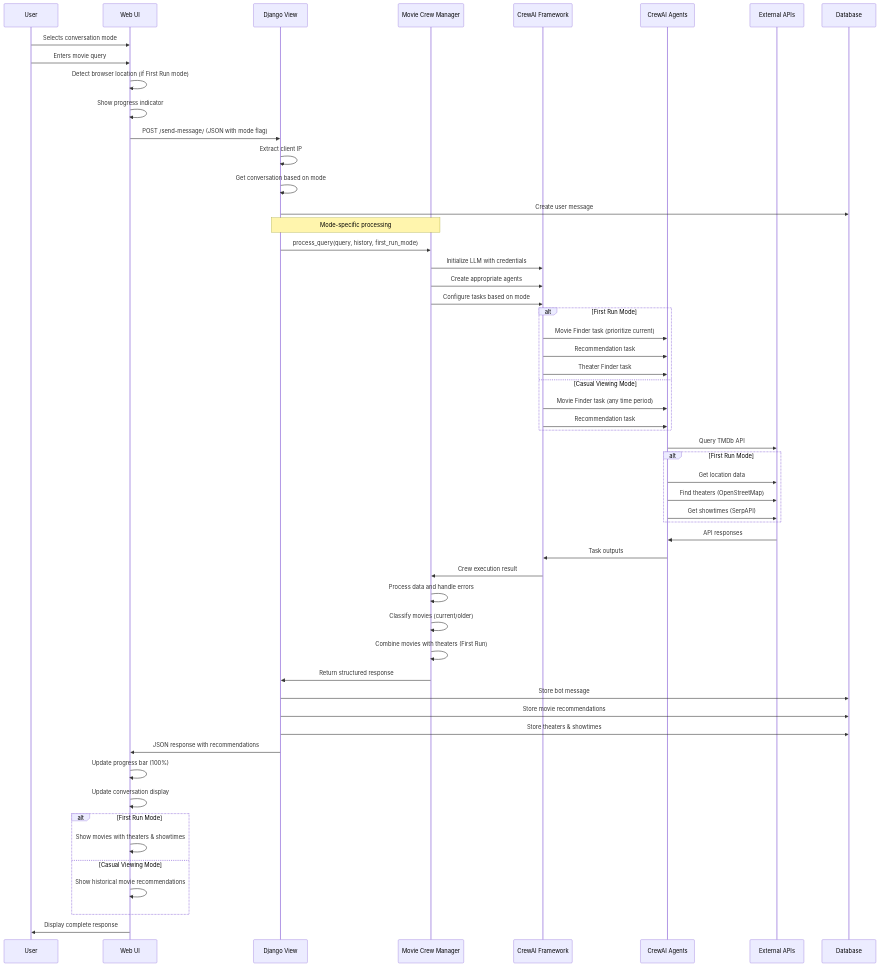
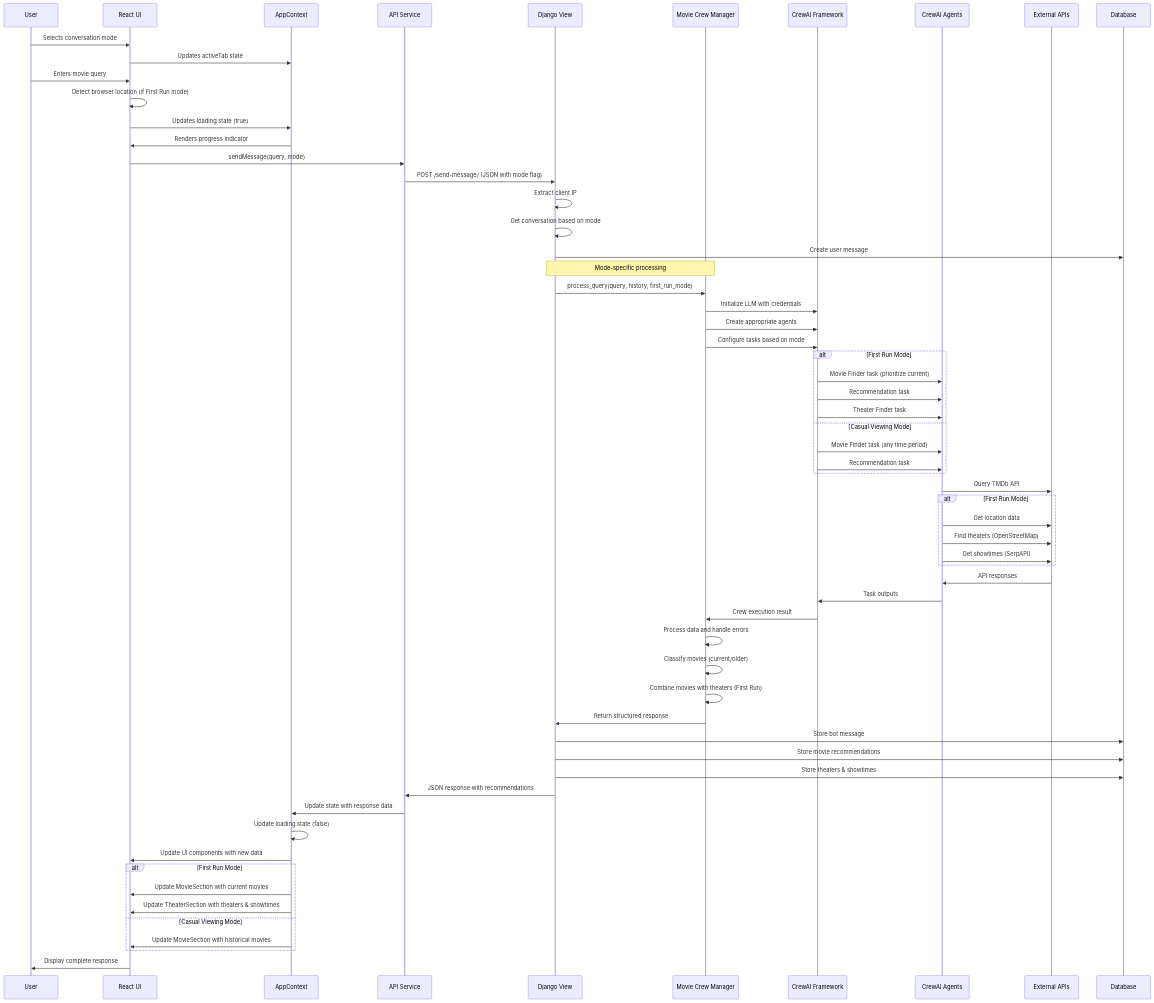
Before and after one commit to nkuhn-vmw/tanzu-genai-showcase: the second of 4 diagrams in py-django-crewai/docs/ARCHITECTURE.md, drawn with Mermaid. The commit also changed other lines of this file and 83 other files, not shown here.

````diff
--- a/py-django-crewai/docs/ARCHITECTURE.md
+++ b/py-django-crewai/docs/ARCHITECTURE.md
@@ -201,69 +229,77 @@
 ```mermaid
 sequenceDiagram
     participant User
-    participant UI as Web UI
+    participant UI as React UI
+    participant Context as AppContext
+    participant API as API Service
     participant View as Django View
     participant Manager as Movie Crew Manager
     participant CrewAI as CrewAI Framework
     participant Agents as CrewAI Agents
     participant External as External APIs
     participant DB as Database
 
     User->>UI: Selects conversation mode
+    UI->>Context: Updates activeTab state
     User->>UI: Enters movie query
     UI->>UI: Detect browser location (if First Run mode)
-    UI->>UI: Show progress indicator
-    UI->>View: POST /send-message/ (JSON with mode flag)
+    UI->>Context: Updates loading state (true)
+    Context->>UI: Renders progress indicator
+
+    UI->>API: sendMessage(query, mode)
+    API->>View: POST /send-message/ (JSON with mode flag)
     View->>View: Extract client IP
     View->>View: Get conversation based on mode
     View->>DB: Create user message
 
     Note over View,Manager: Mode-specific processing
     View->>Manager: process_query(query, history, first_run_mode)
 
     Manager->>CrewAI: Initialize LLM with credentials
     Manager->>CrewAI: Create appropriate agents
     Manager->>CrewAI: Configure tasks based on mode
 
     alt First Run Mode
         CrewAI->>Agents: Movie Finder task (prioritize current)
         CrewAI->>Agents: Recommendation task
         CrewAI->>Agents: Theater Finder task
     else Casual Viewing Mode
         CrewAI->>Agents: Movie Finder task (any time period)
         CrewAI->>Agents: Recommendation task
     end
 
     Agents->>External: Query TMDb API
 
     alt First Run Mode
         Agents->>External: Get location data
         Agents->>External: Find theaters (OpenStreetMap)
         Agents->>External: Get showtimes (SerpAPI)
     end
 
     External->>Agents: API responses
     Agents->>CrewAI: Task outputs
     CrewAI->>Manager: Crew execution result
 
     Manager->>Manager: Process data and handle errors
     Manager->>Manager: Classify movies (current/older)
     Manager->>Manager: Combine movies with theaters (First Run)
     Manager->>View: Return structured response
 
     View->>DB: Store bot message
     View->>DB: Store movie recommendations
     View->>DB: Store theaters & showtimes
 
-    View->>UI: JSON response with recommendations
-    UI->>UI: Update progress bar (100%)
-    UI->>UI: Update conversation display
+    View->>API: JSON response with recommendations
+    API->>Context: Update state with response data
+    Context->>Context: Update loading state (false)
+    Context->>UI: Update UI components with new data
 
     alt First Run Mode
-        UI->>UI: Show movies with theaters & showtimes
+        Context->>UI: Update MovieSection with current movies
+        Context->>UI: Update TheaterSection with theaters & showtimes
     else Casual Viewing Mode
-        UI->>UI: Show historical movie recommendations
+        Context->>UI: Update MovieSection with historical movies
     end
 
     UI->>User: Display complete response
 ```
````
